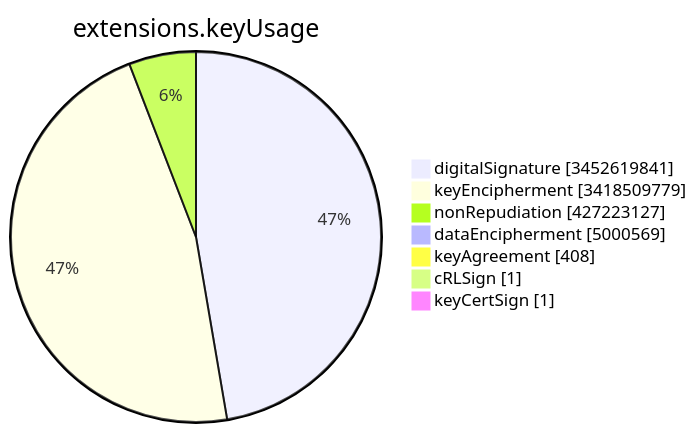
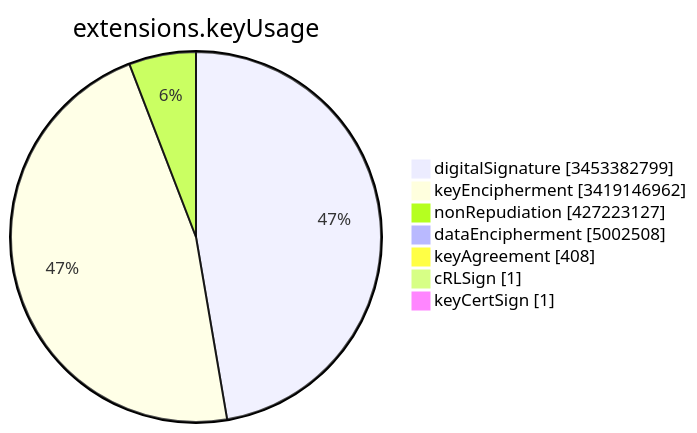
The sixth of 15 diagrams in TOTAL/README.md (christiankrug/ctmonitor_visualization), drawn with Mermaid before and after one commit. The commit also changed other lines of this file, not shown here.

````diff
--- a/TOTAL/README.md
+++ b/TOTAL/README.md
@@ -3082,11 +3082,11 @@
 ```mermaid
 pie showData
 title extensions.keyUsage
-"digitalSignature" :3452619841
-"keyEncipherment" :3418509779
+"digitalSignature" :3453382799
+"keyEncipherment" :3419146962
 "nonRepudiation" :427223127
-"dataEncipherment" :5000569
+"dataEncipherment" :5002508
 "keyAgreement" :408
 "cRLSign" :1
 "keyCertSign" :1
 ```
````
